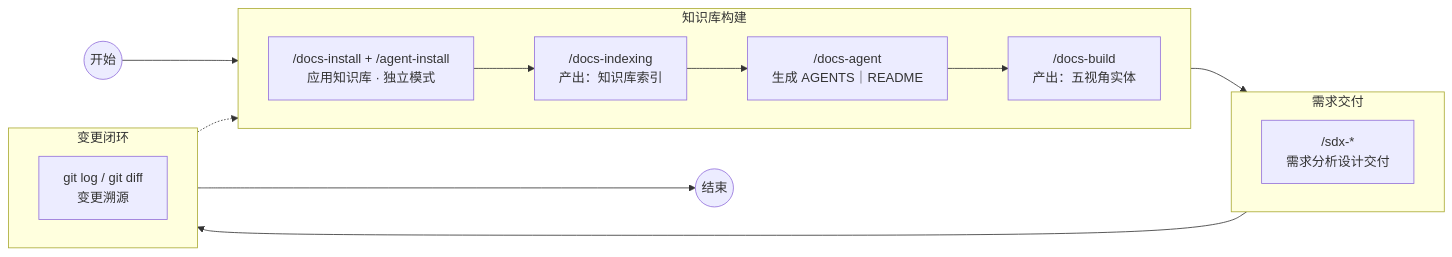
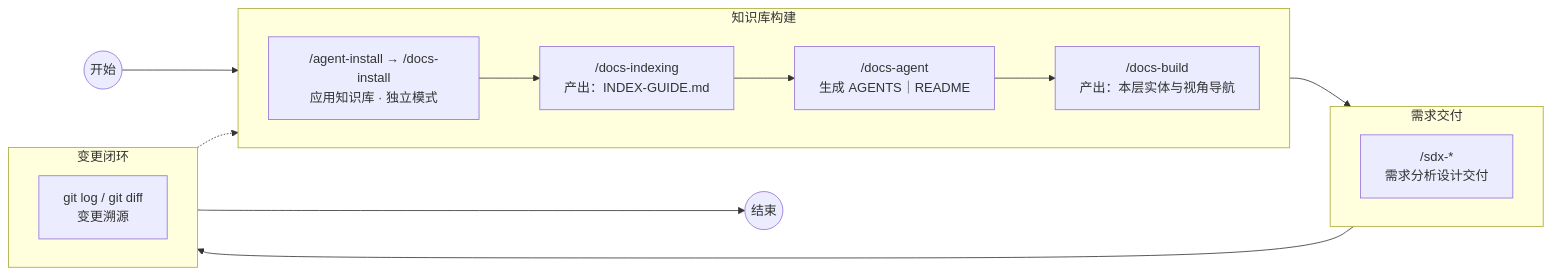
The first of 4 diagrams in quick-start.md (oleewen/ai-knowledge), drawn with Mermaid before and after one commit. The commit also changed other lines of this file and 4 other files, not shown here.

````diff
--- a/quick-start.md
+++ b/quick-start.md
@@ -26,29 +28,29 @@
 ```mermaid
 flowchart LR
     S((开始))
     Z((结束))
 
     subgraph KB["知识库构建"]
         direction LR
-        A["/docs-install + /agent-install<br/>应用知识库 · 独立模式"]
-        B["/docs-indexing<br/>产出：知识库索引"]
+        A["/agent-install → /docs-install<br/>应用知识库 · 独立模式"]
+        B["/docs-indexing<br/>产出：INDEX-GUIDE.md"]
         F["/docs-agent<br/>生成 AGENTS｜README"]
-        C["/docs-build<br/>产出：五视角实体"]
+        C["/docs-build<br/>产出：本层实体与视角导航"]
 
         A --> B --> F --> C
     end
 
     subgraph RD["需求交付"]
         direction LR
         D["/sdx-*<br/>需求分析设计交付"]
     end
 
     subgraph CHG["变更闭环"]
         direction LR
         E["git log / git diff<br/>变更溯源"]
     end
 
     S --> A
     C --> D --> E --> Z
     E -.-> B
 ```
````
